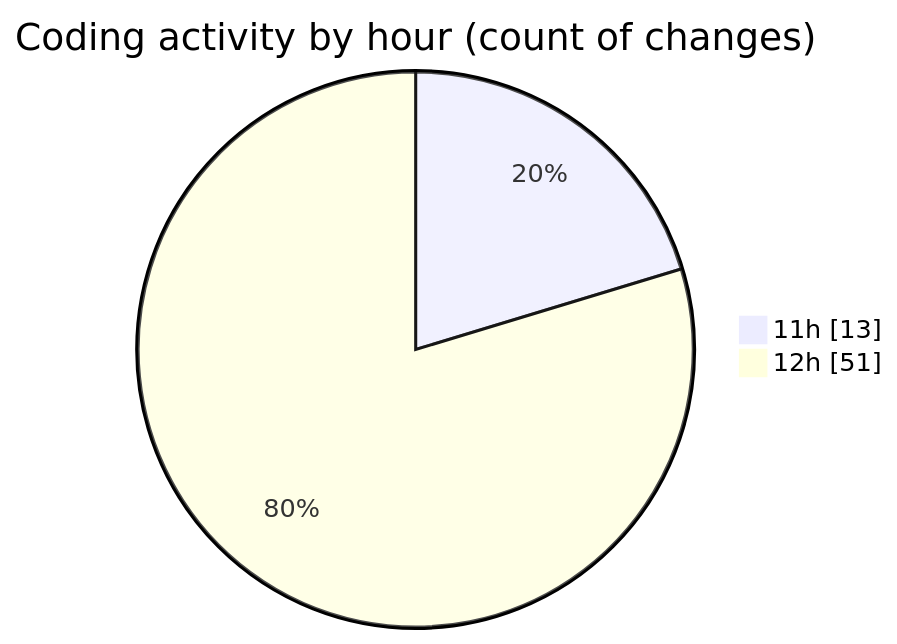
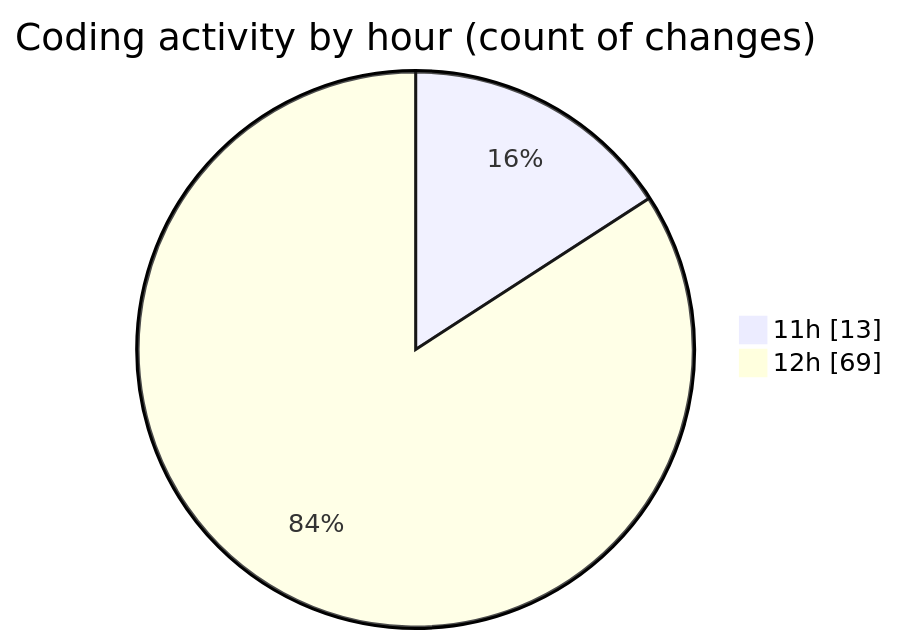
One commit to nxtqubesakshisongat/code-tracking changed the second of 2 diagrams in 2026-06-17/nxtqube_webapp/README.md. Above: the diagram before and after it, drawn with Mermaid. The commit also changed other lines of this file and 1 other file, not shown here.

````diff
--- a/2026-06-17/nxtqube_webapp/README.md
+++ b/2026-06-17/nxtqube_webapp/README.md
@@ -39,6 +40,6 @@
 ```mermaid
 pie showData
 title Coding activity by hour (count of changes)
 "11h" : 13
-"12h" : 51
+"12h" : 69
 ```
````
